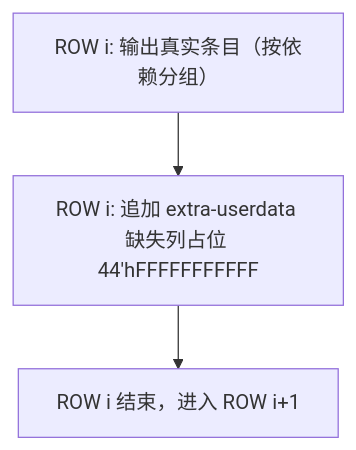
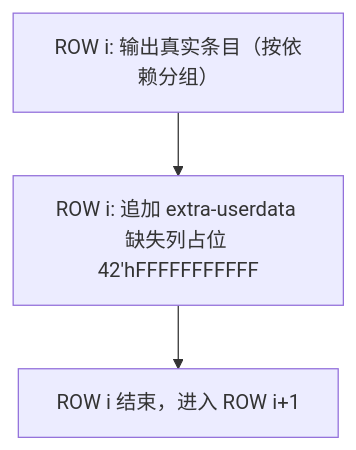
The first of 7 diagrams in IBEX/doc/ibex_rdec_sched.md (Gol-D-Rogger/LDPC-codes), drawn with Mermaid before and after one commit. The commit also changed other lines of this file and 74 other files, not shown here.

````diff
--- a/IBEX/doc/ibex_rdec_sched.md
+++ b/IBEX/doc/ibex_rdec_sched.md
@@ -110,5 +117,5 @@
 ```mermaid
 flowchart TD
-  A["ROW i: 输出真实条目（按依赖分组）"] --> B["ROW i: 追加 extra-userdata 缺失列占位 44'hFFFFFFFFFFF"]
+  A["ROW i: 输出真实条目（按依赖分组）"] --> B["ROW i: 追加 extra-userdata 缺失列占位 42'hFFFFFFFFFFF"]
   B --> C["ROW i 结束，进入 ROW i+1"]
 ```
````
